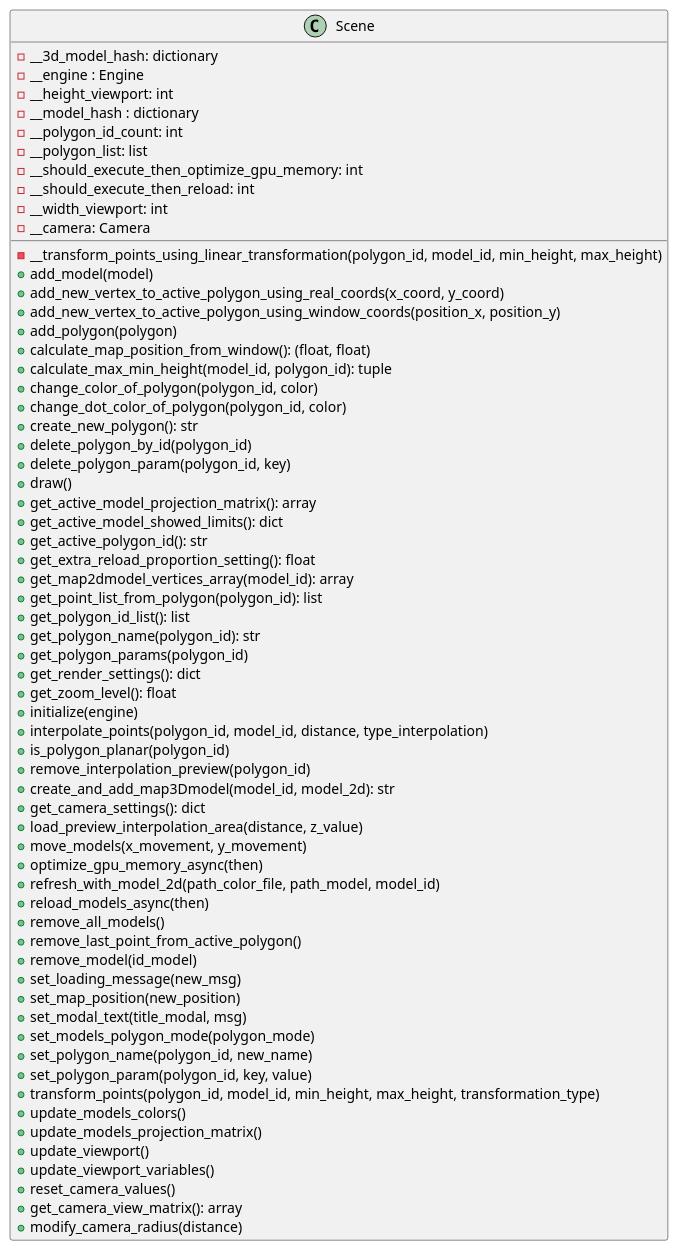
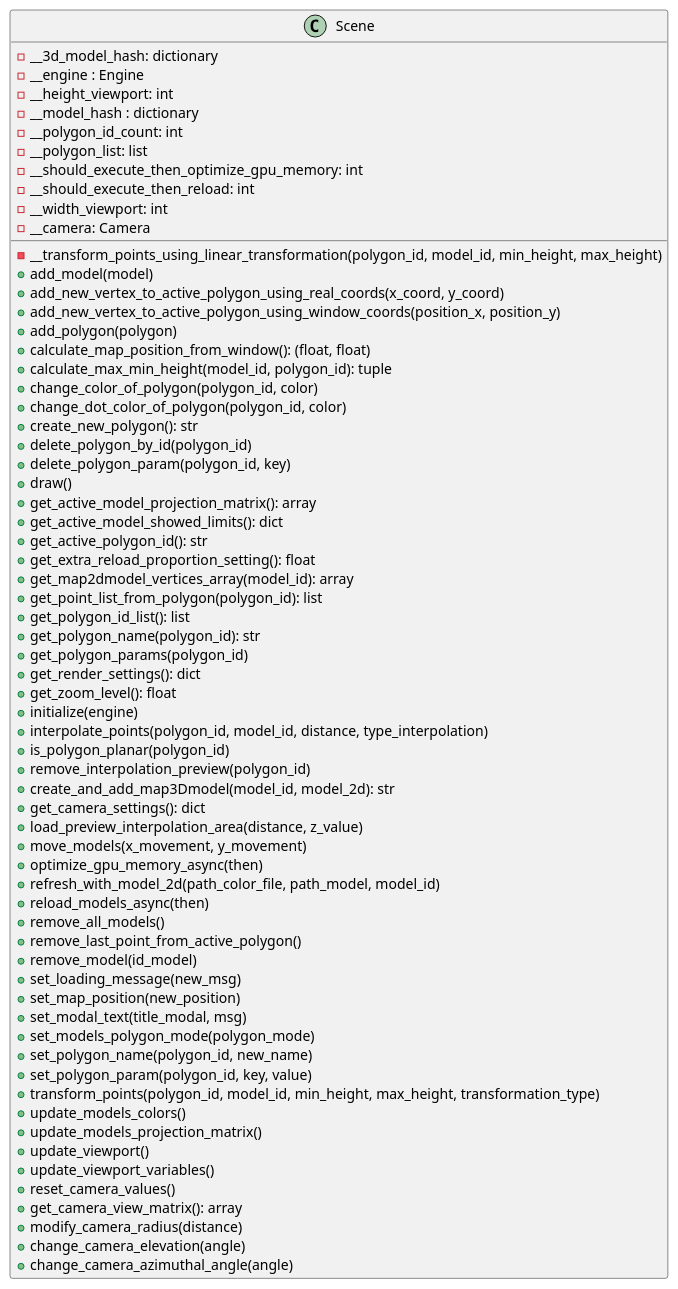
One commit to ferpoble2/Relief_Creator changed the diagram in docs/classes/Scene.puml. Above: the diagram before and after it, drawn with PlantUML. The commit also changed 7 other files, not shown here.

Commit message:
Added movement along the azimutal and elevation angle with the controller

```diff
--- a/docs/classes/Scene.puml
+++ b/docs/classes/Scene.puml
@@ -1,67 +1,69 @@
 @startuml
             class Scene{
                 - __transform_points_using_linear_transformation(polygon_id, model_id, min_height, max_height)
                 + add_model(model)
                 + add_new_vertex_to_active_polygon_using_real_coords(x_coord, y_coord)
                 + add_new_vertex_to_active_polygon_using_window_coords(position_x, position_y)
                 + add_polygon(polygon)
                 + calculate_map_position_from_window(): (float, float)
                 + calculate_max_min_height(model_id, polygon_id): tuple
                 + change_color_of_polygon(polygon_id, color)
                 + change_dot_color_of_polygon(polygon_id, color)
                 + create_new_polygon(): str
                 + delete_polygon_by_id(polygon_id)
                 + delete_polygon_param(polygon_id, key)
                 + draw()
                 + get_active_model_projection_matrix(): array
                 + get_active_model_showed_limits(): dict
                 + get_active_polygon_id(): str
                 + get_extra_reload_proportion_setting(): float
                 + get_map2dmodel_vertices_array(model_id): array
                 + get_point_list_from_polygon(polygon_id): list
                 + get_polygon_id_list(): list
                 + get_polygon_name(polygon_id): str
                 + get_polygon_params(polygon_id)
                 + get_render_settings(): dict
                 + get_zoom_level(): float
                 + initialize(engine)
                 + interpolate_points(polygon_id, model_id, distance, type_interpolation)
                 + is_polygon_planar(polygon_id)
                 + remove_interpolation_preview(polygon_id)
                 + create_and_add_map3Dmodel(model_id, model_2d): str
                 + get_camera_settings(): dict
                 + load_preview_interpolation_area(distance, z_value)
                 + move_models(x_movement, y_movement)
                 + optimize_gpu_memory_async(then)
                 + refresh_with_model_2d(path_color_file, path_model, model_id)
                 + reload_models_async(then)
                 + remove_all_models()
                 + remove_last_point_from_active_polygon()
                 + remove_model(id_model)
                 + set_loading_message(new_msg)
                 + set_map_position(new_position)
                 + set_modal_text(title_modal, msg)
                 + set_models_polygon_mode(polygon_mode)
                 + set_polygon_name(polygon_id, new_name)
                 + set_polygon_param(polygon_id, key, value)
                 + transform_points(polygon_id, model_id, min_height, max_height, transformation_type)
                 + update_models_colors()
                 + update_models_projection_matrix()
                 + update_viewport()
                 + update_viewport_variables()
                 + reset_camera_values()
                 + get_camera_view_matrix(): array
                 + modify_camera_radius(distance)
+                + change_camera_elevation(angle)
+                + change_camera_azimuthal_angle(angle)
 
                 - __3d_model_hash: dictionary
                 - __engine : Engine
                 - __height_viewport: int
                 - __model_hash : dictionary
                 - __polygon_id_count: int
                 - __polygon_list: list
                 - __should_execute_then_optimize_gpu_memory: int
                 - __should_execute_then_reload: int
                 - __width_viewport: int
                 - __camera: Camera
             }
 @enduml
```
